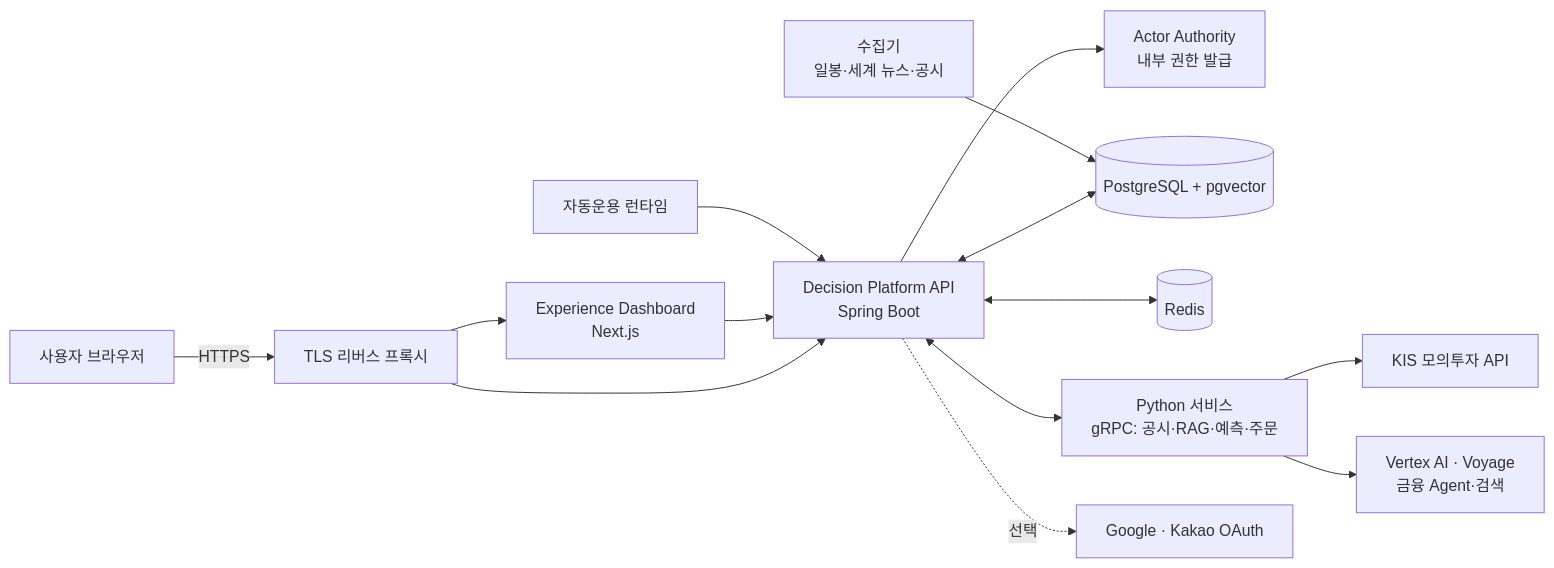
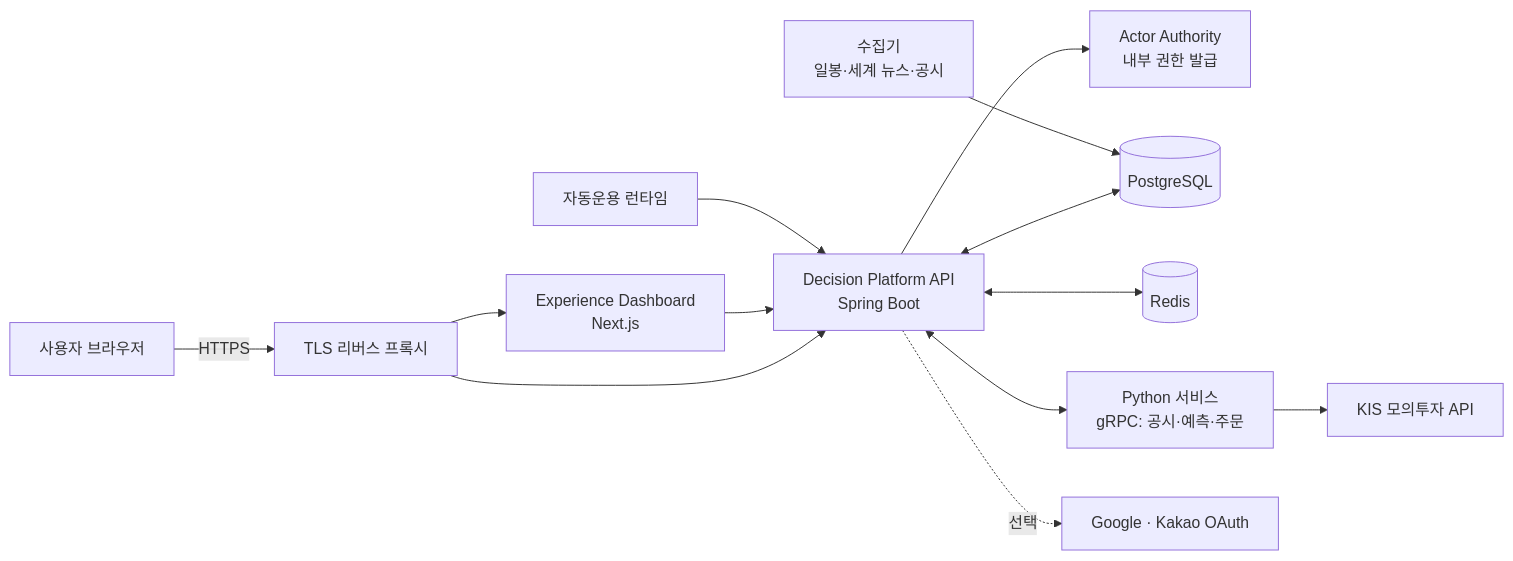
One commit to robinhood0107/Capstone-AI-Trading-Coach changed the second of 2 diagrams in README.md. Above: the diagram before and after it, drawn with Mermaid. The commit also changed other lines of this file, not shown here.

Commit message:
docs: README에서 AI agent와 RAG 소개 제거

````diff
--- a/README.md
+++ b/README.md
@@ -147,16 +139,15 @@
 ```mermaid
 flowchart LR
   U[사용자 브라우저] -->|HTTPS| T[TLS 리버스 프록시]
   T --> W[Experience Dashboard<br/>Next.js]
   T --> A[Decision Platform API<br/>Spring Boot]
   W --> A
   A --> AA[Actor Authority<br/>내부 권한 발급]
-  A <--> P[(PostgreSQL + pgvector)]
+  A <--> P[(PostgreSQL)]
   A <--> R[(Redis)]
-  A <--> PY[Python 서비스<br/>gRPC: 공시·RAG·예측·주문]
+  A <--> PY[Python 서비스<br/>gRPC: 공시·예측·주문]
   PY --> K[KIS 모의투자 API]
-  PY --> V[Vertex AI · Voyage<br/>금융 Agent·검색]
   C[수집기<br/>일봉·세계 뉴스·공시] --> P
   RT[자동운용 런타임] --> A
   A -. 선택 .-> O[Google · Kakao OAuth]
 ```
````
